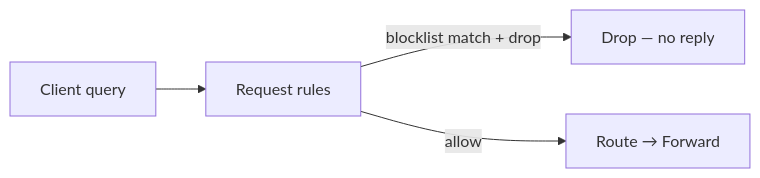
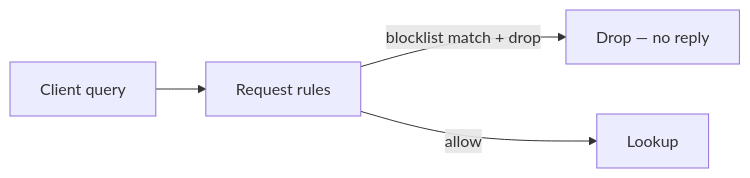
The first of 2 diagrams in operator-docs/docs/guides/rhai-policy.md (egon1024/DNSConduit), drawn with Mermaid before and after one commit. The commit also changed other lines of this file and 50 other files, not shown here.

````diff
--- a/operator-docs/docs/guides/rhai-policy.md
+++ b/operator-docs/docs/guides/rhai-policy.md
@@ -22,6 +22,6 @@
 ```mermaid
 flowchart LR
   Q[Client query] --> Req[Request rules]
   Req -->|blocklist match + drop| Drop[Drop — no reply]
-  Req -->|allow| Route[Route → Forward]
+  Req -->|allow| Lookup[Lookup]
 ```
````
